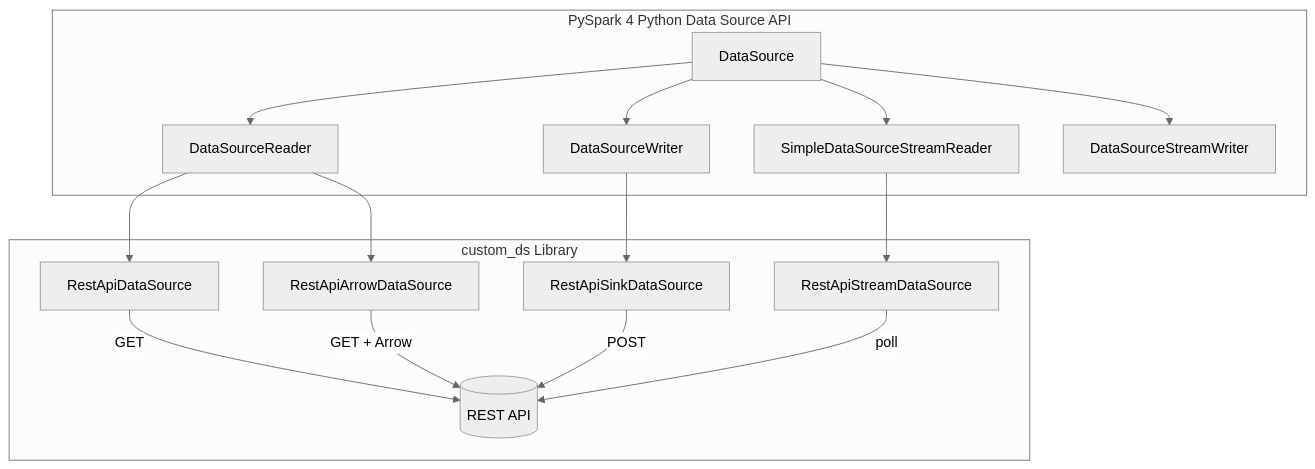
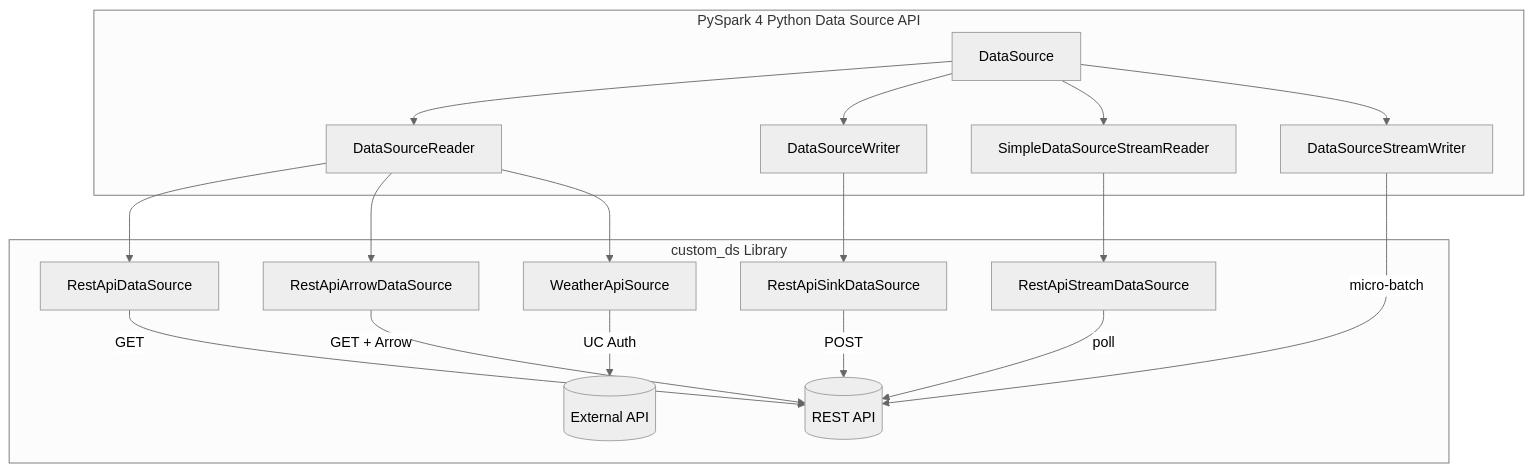
One commit to mahfooziiitian/spark-batch changed the diagram in spark-python/pyspark-datasource/pyspark-ds-custom/docs/index.md. Above: the diagram before and after it, drawn with Mermaid (neutral theme). The commit also changed other lines of this file and 67 other files, not shown here.

````diff
--- a/spark-python/pyspark-datasource/pyspark-ds-custom/docs/index.md
+++ b/spark-python/pyspark-datasource/pyspark-ds-custom/docs/index.md
@@ -24,21 +25,24 @@
 ```mermaid
 graph TB
     subgraph "PySpark 4 Python Data Source API"
         DS[DataSource] --> R[DataSourceReader]
         DS --> W[DataSourceWriter]
         DS --> SR[SimpleDataSourceStreamReader]
         DS --> SW[DataSourceStreamWriter]
     end
 
     subgraph "custom_ds Library"
         REST[RestApiDataSource] --> |GET| API[(REST API)]
         SINK[RestApiSinkDataSource] --> |POST| API
         STREAM[RestApiStreamDataSource] --> |poll| API
         ARROW[RestApiArrowDataSource] --> |GET + Arrow| API
+        WEATHER[WeatherApiSource] --> |UC Auth| EXT[(External API)]
     end
 
     R --> REST
+    R --> ARROW
+    R --> WEATHER
     W --> SINK
     SR --> STREAM
-    R --> ARROW
+    SW --> |micro-batch| API
 ```
````
